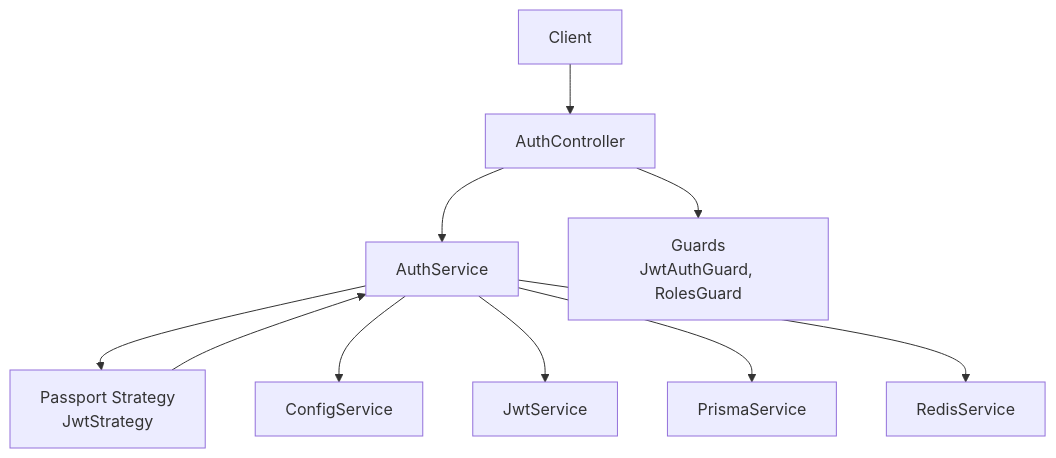
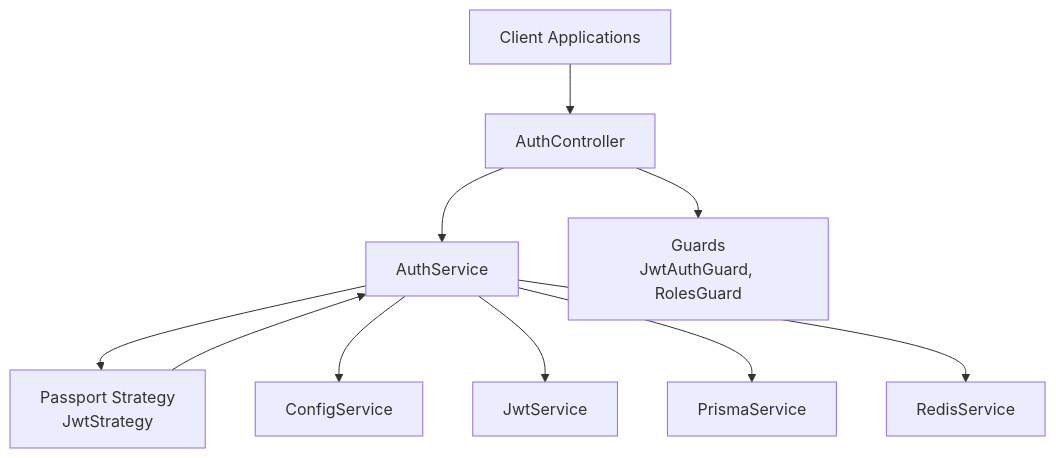
Before and after one commit to Avi-Bendetsky/Quiz-to-build: the second of 8 diagrams in .qoder/repowiki/en/content/Core Modules/Authentication Module.md, drawn with Mermaid. The commit also changed other lines of this file and 41 other files, not shown here.

````diff
--- a/.qoder/repowiki/en/content/Core Modules/Authentication Module.md
+++ b/.qoder/repowiki/en/content/Core Modules/Authentication Module.md
@@ -128,21 +140,21 @@
 ```mermaid
 graph TB
-Client["Client"]
+Client["Client Applications"]
 AC["AuthController"]
 AS["AuthService"]
 PS["Passport Strategy<br/>JwtStrategy"]
 GS["Guards<br/>JwtAuthGuard, RolesGuard"]
 CFG["ConfigService"]
 JWT["JwtService"]
 PRISMA["PrismaService"]
-REDIS["RedisService"]
+Redis["RedisService"]
 Client --> AC
 AC --> AS
 AS --> PS
 AC --> GS
 PS --> AS
 AS --> CFG
 AS --> JWT
 AS --> PRISMA
-AS --> REDIS
+AS --> Redis
 ```
````
